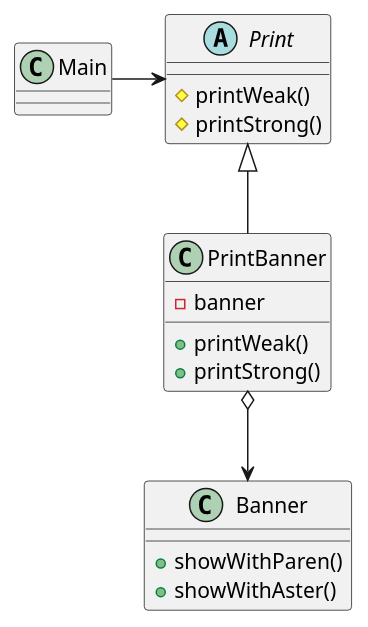
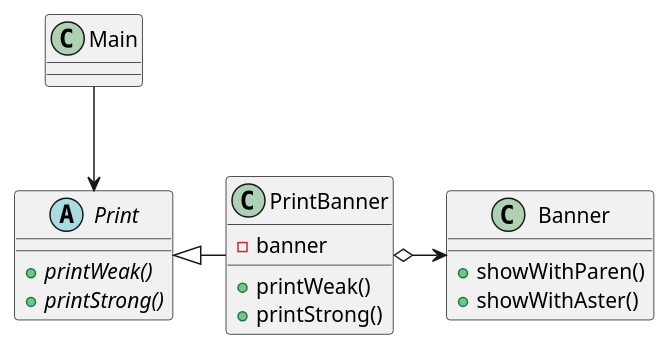
One commit to jsyang-dev/study-designpattern changed the diagram in src/me/study/pattern/adapter/AdapterExample2.puml. Above: the diagram before and after it, drawn with PlantUML. The commit also changed 7 other files, not shown here.

First line of the commit message:
기능: 클래스 다이어그램 수정

```diff
--- a/src/me/study/pattern/adapter/AdapterExample2.puml
+++ b/src/me/study/pattern/adapter/AdapterExample2.puml
@@ -1,23 +1,23 @@
 @startuml
 
 class Main {
 }
 abstract class Print {
-    #printWeak()
-    #printStrong()
+    +{abstract} printWeak()
+    +{abstract} printStrong()
 }
 class PrintBanner {
     -banner
     +printWeak()
     +printStrong()
 }
 class Banner {
     +showWithParen()
     +showWithAster()
 }
 
-Main -> Print
-Print <|-- PrintBanner
-PrintBanner o--> Banner
+Main --> Print
+Print <|- PrintBanner
+PrintBanner o-> Banner
 
 @enduml
```
